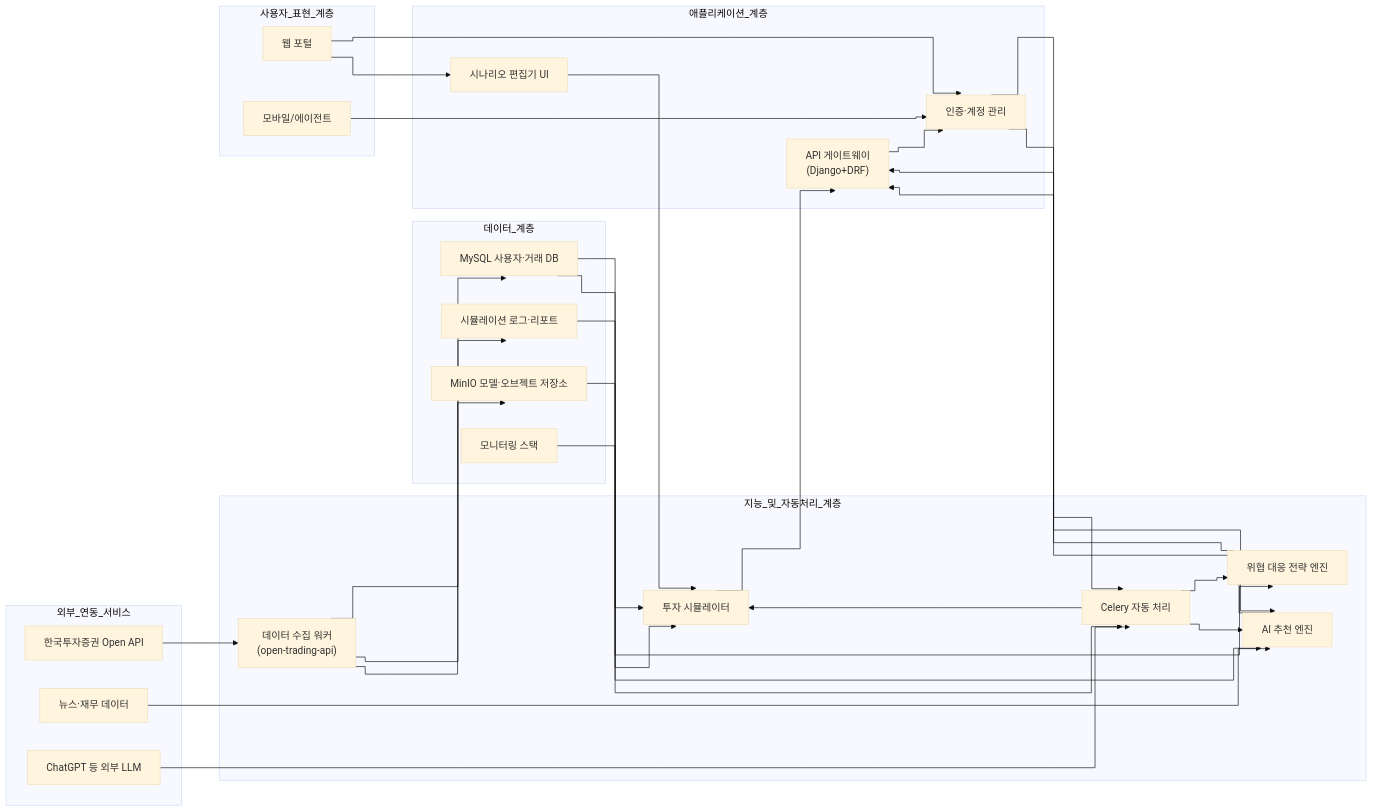
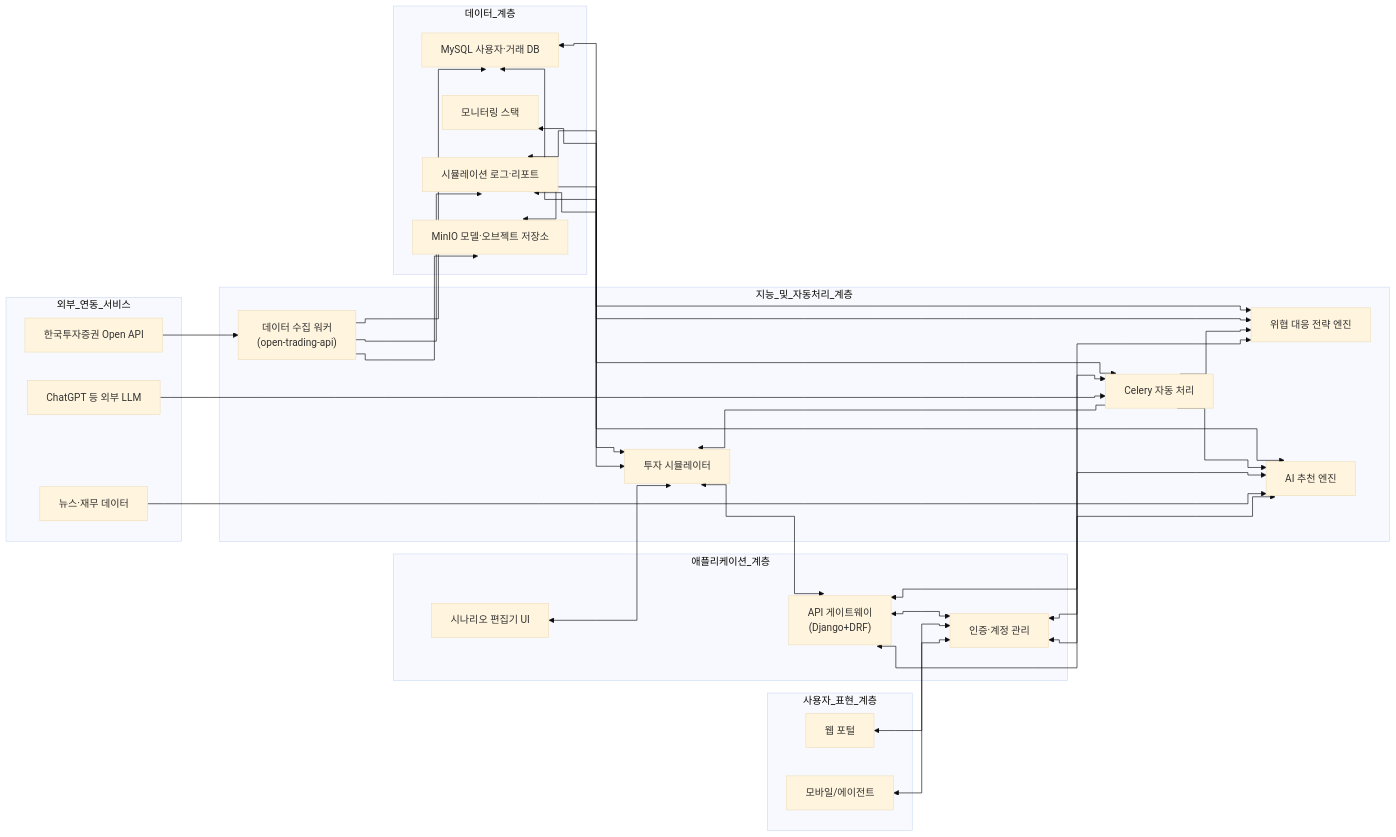
The diagram in mdfiles/WhatcanIdo.md (movingmin/X-AI-Convergence-Capstone-Crew), drawn with Mermaid (base theme) before and after one commit.

Commit message:
WhatcanIdo commit

````diff
--- a/mdfiles/WhatcanIdo.md
+++ b/mdfiles/WhatcanIdo.md
@@ -3,56 +3,56 @@
 ```mermaid
 %%{init: {"flowchart": {"curve": "step", "nodeSpacing": 45, "rankSpacing": 60}}}%%
 flowchart LR
     subgraph 데이터_계층
         K["MySQL 사용자·거래 DB"]
         L["시뮬레이션 로그·리포트"]
         M["MinIO 모델·오브젝트 저장소"]
         N["모니터링 스택"]
     end
     subgraph 지능_및_자동처리_계층
         F["투자 시뮬레이터"]
         G["위협 대응 전략 엔진"]
         H["AI 추천 엔진"]
         I["Celery 자동 처리"]
         J["데이터 수집 워커\n(open-trading-api)"]
     end
     subgraph 애플리케이션_계층
         C["인증·계정 관리"]
         D["시나리오 편집기 UI"]
         E["API 게이트웨이\n(Django+DRF)"]
     end
     subgraph 사용자_표현_계층
         A["웹 포털"]
         B["모바일/에이전트"]
     end
     subgraph 외부_연동_서비스
         O["한국투자증권 Open API"]
         P["뉴스·재무 데이터"]
         Q["ChatGPT 등 외부 LLM"]
     end
 
-    K --> F
-    K --> G
-    L --> F
-    M --> H
-    N --> I
+    K <--> F
+    K <--> G
+    L <--> F
+    L <--> G
+    M <--> H
+    N <--> I
     J --> K
     J --> L
     J --> M
     I --> F
     I --> G
     I --> H
-    F --> E
-    G --> E
-    H --> E
-    D --> F
-    C --> I
-    C --> H
-    E --> C
-    A --> C
-    A --> D
-    B --> C
+    F <--> E
+    G <--> E
+    H <--> E
+    D <--> F
+    C <--> I
+    C <--> H
+    E <--> C
+    A <--> C
+    B <--> C
     O --> J
     P --> H
     Q --> I
 ```
````
